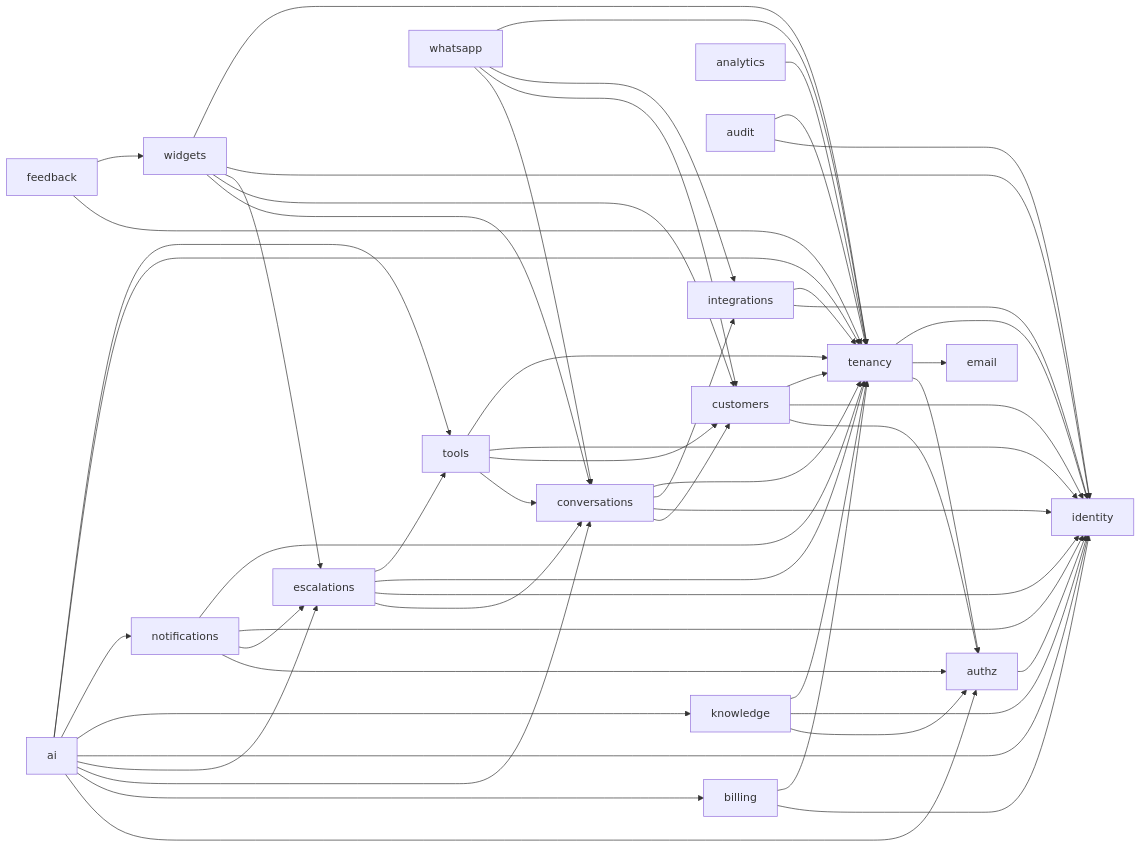
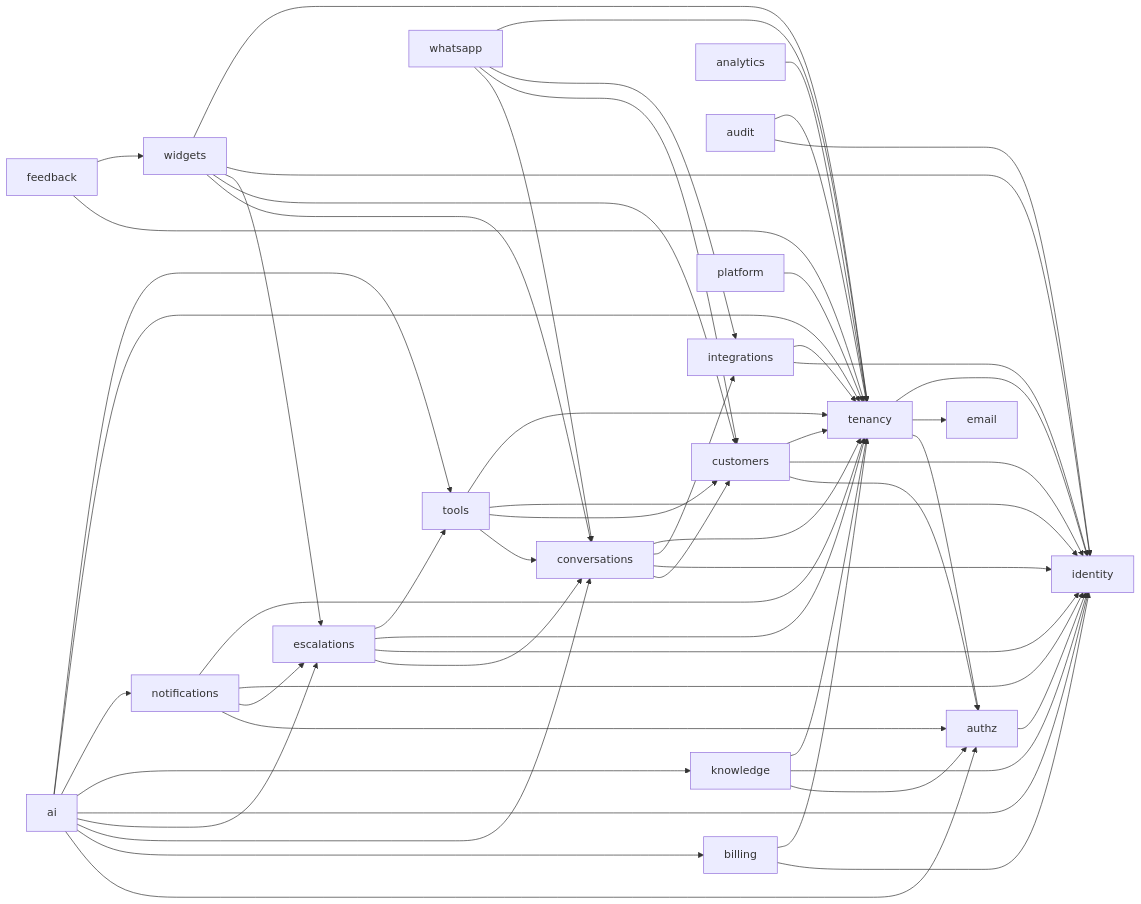
Before and after one commit to mohamed155/customer-service-chat-system: the diagram in docs/architecture/module-dependencies.md, drawn with Mermaid. The commit also changed other lines of this file and 338 other files, not shown here.

````diff
--- a/docs/architecture/module-dependencies.md
+++ b/docs/architecture/module-dependencies.md
@@ -41,56 +41,57 @@
 ```mermaid
 flowchart LR
   ai --> authz
   ai --> billing
   ai --> conversations
   ai --> escalations
   ai --> identity
   ai --> knowledge
   ai --> notifications
   ai --> tenancy
   ai --> tools
   analytics --> tenancy
   audit --> identity
   audit --> tenancy
   authz --> identity
   billing --> identity
   billing --> tenancy
   conversations --> customers
   conversations --> identity
   conversations --> integrations
   conversations --> tenancy
   customers --> authz
   customers --> identity
   customers --> tenancy
   escalations --> conversations
   escalations --> identity
   escalations --> tenancy
   escalations --> tools
   feedback --> tenancy
   feedback --> widgets
   integrations --> identity
   integrations --> tenancy
   knowledge --> authz
   knowledge --> identity
   knowledge --> tenancy
   notifications --> authz
   notifications --> escalations
   notifications --> identity
   notifications --> tenancy
+  platform --> tenancy
   tenancy --> authz
   tenancy --> email
   tenancy --> identity
   tools --> conversations
   tools --> customers
   tools --> identity
   tools --> tenancy
   whatsapp --> conversations
   whatsapp --> customers
   whatsapp --> integrations
   whatsapp --> tenancy
   widgets --> conversations
   widgets --> customers
   widgets --> escalations
   widgets --> identity
   widgets --> tenancy
 ```
````
